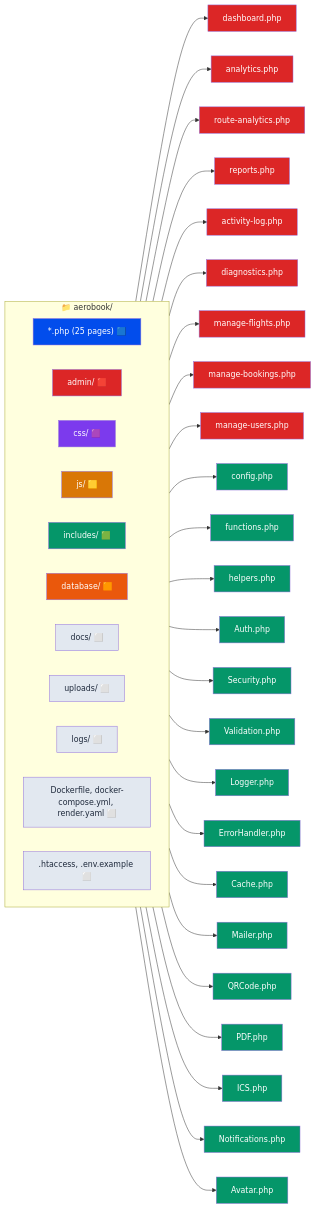
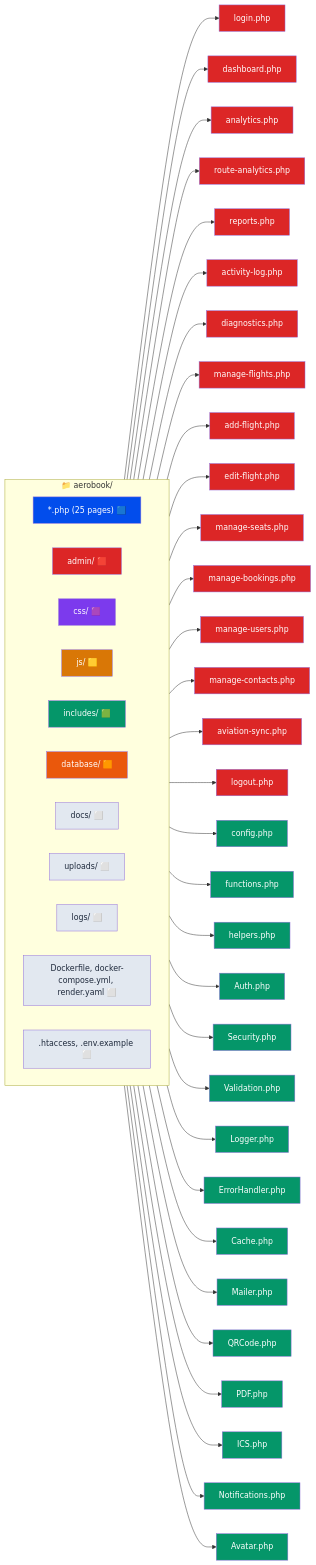
The third of 4 diagrams in README.md (suman2308/airline-reservation-system), drawn with Mermaid before and after one commit. The commit also changed other lines of this file and 2 other files, not shown here.

````diff
--- a/README.md
+++ b/README.md
@@ -149,59 +149,66 @@
 ```mermaid
 graph LR
     subgraph Root["📁 aerobook/"]
         direction LR
         ROOT_FILES["*.php (25 pages) 🟦"]
         ADMIN["admin/ 🟥"]
         CSS["css/ 🟪"]
         JS["js/ 🟨"]
         INC["includes/ 🟩"]
         DB["database/ 🟧"]
         DOCS["docs/ ⬜"]
         UPLOADS["uploads/ ⬜"]
         LOGS["logs/ ⬜"]
         DOCKER["Dockerfile, docker-compose.yml, render.yaml ⬜"]
         CFG[".htaccess, .env.example ⬜"]
     end
 
+    ADMIN --> ALOGIN[login.php]
     ADMIN --> ADASH[dashboard.php]
     ADMIN --> AANA[analytics.php]
     ADMIN --> AROUTE[route-analytics.php]
     ADMIN --> AREP[reports.php]
     ADMIN --> ALOG[activity-log.php]
     ADMIN --> ADIAG[diagnostics.php]
     ADMIN --> AFLT[manage-flights.php]
+    ADMIN --> AADD[add-flight.php]
+    ADMIN --> AEDIT[edit-flight.php]
+    ADMIN --> ASEAT[manage-seats.php]
     ADMIN --> ABK[manage-bookings.php]
     ADMIN --> AUSR[manage-users.php]
+    ADMIN --> ACON[manage-contacts.php]
+    ADMIN --> AVSYNC[aviation-sync.php]
+    ADMIN --> ALOGOUT[logout.php]
 
     INC --> ICONF[config.php]
     INC --> IFUNC[functions.php]
     INC --> IHELP[helpers.php]
     INC --> IAUTH[Auth.php]
     INC --> ISEC[Security.php]
     INC --> IVAL[Validation.php]
     INC --> ILOG[Logger.php]
     INC --> IERR[ErrorHandler.php]
     INC --> ICACHE[Cache.php]
     INC --> IML[Mailer.php]
     INC --> IQR[QRCode.php]
     INC --> IPDF[PDF.php]
     INC --> IICS[ICS.php]
     INC --> INOT[Notifications.php]
     INC --> IAV[Avatar.php]
 
     classDef blue fill:#024dec,color:#fff
     classDef red fill:#dc2626,color:#fff
     classDef purple fill:#7c3aed,color:#fff
     classDef yellow fill:#d97706,color:#fff
     classDef green fill:#059669,color:#fff
     classDef orange fill:#ea580c,color:#fff
     classDef white fill:#e2e8f0,color:#1e293b
 
     class ROOT_FILES blue
-    class ADMIN,ADASH,AANA,AROUTE,AREP,ALOG,ADIAG,AFLT,ABK,AUSR red
+    class ADMIN,ALOGIN,ADASH,AANA,AROUTE,AREP,ALOG,ADIAG,AFLT,AADD,AEDIT,ASEAT,ABK,AUSR,ACON,AVSYNC,ALOGOUT red
     class CSS purple
     class JS yellow
     class INC,ICONF,IFUNC,IHELP,IAUTH,ISEC,IVAL,ILOG,IERR,ICACHE,IML,IQR,IPDF,IICS,INOT,IAV green
     class DB orange
     class DOCS,UPLOADS,LOGS,DOCKER,CFG white
 ```
````
